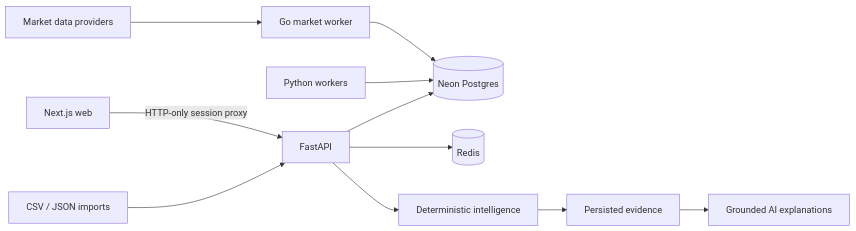
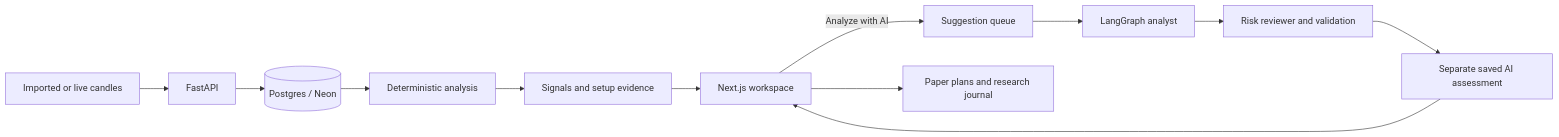
The diagram in README.md (waqasraza123/quantrift), drawn with Mermaid before and after one commit. The commit also changed other lines of this file and 72 other files, not shown here.

Commit message:
Add LangGraph trade suggestions and redesign product workspace

````diff
--- a/README.md
+++ b/README.md
@@ -46,13 +113,14 @@
 ```mermaid
 flowchart LR
-    Browser[Next.js web] -->|HTTP-only session proxy| API[FastAPI]
-    API --> Neon[(Neon Postgres)]
-    API --> Redis[(Redis)]
-    Python[Python workers] --> Neon
-    Go[Go market worker] --> Neon
-    Providers[Market data providers] --> Go
-    Imports[CSV / JSON imports] --> API
-    API --> Engine[Deterministic intelligence]
-    Engine --> Evidence[Persisted evidence]
-    Evidence --> AI[Grounded AI explanations]
+    Data[Imported or live candles] --> API[FastAPI]
+    API --> DB[(Postgres / Neon)]
+    DB --> Engine[Deterministic analysis]
+    Engine --> Setups[Signals and setup evidence]
+    Setups --> Web[Next.js workspace]
+    Web -->|Analyze with AI| Queue[Suggestion queue]
+    Queue --> Analyst[LangGraph analyst]
+    Analyst --> Review[Risk reviewer and validation]
+    Review --> Saved[Separate saved AI assessment]
+    Saved --> Web
+    Web --> Journal[Paper plans and research journal]
 ```
````
